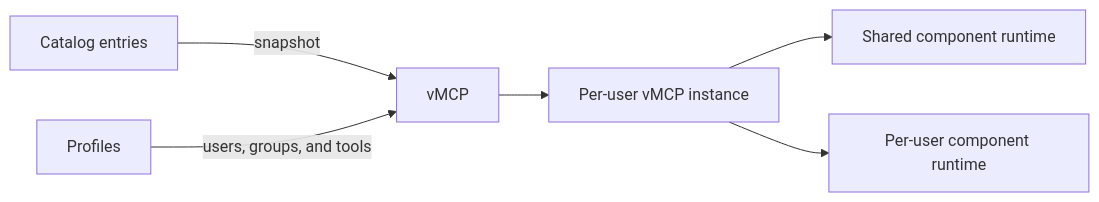
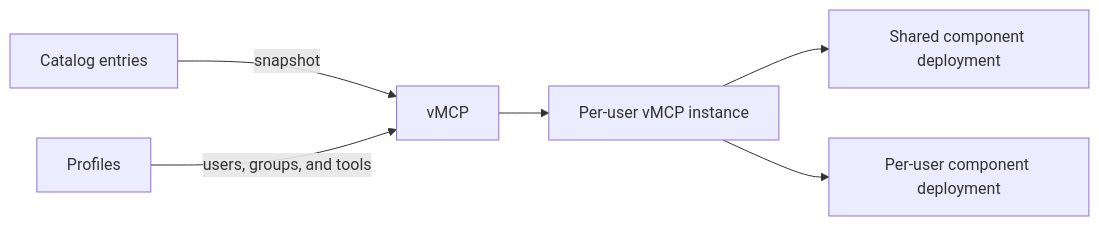
The diagram in docs/docs/functionality/virtual-mcps.md (obot-platform/obot), drawn with Mermaid before and after one commit. The commit also changed other lines of this file and 4 other files, not shown here.

````diff
--- a/docs/docs/functionality/virtual-mcps.md
+++ b/docs/docs/functionality/virtual-mcps.md
@@ -22,8 +22,8 @@
 ```mermaid
 flowchart LR
     C[Catalog entries] -->|snapshot| V[vMCP]
     P[Profiles] -->|users, groups, and tools| V
     V --> I[Per-user vMCP instance]
-    I --> R1[Shared component runtime]
-    I --> R2[Per-user component runtime]
+    I --> R1[Shared component deployment]
+    I --> R2[Per-user component deployment]
 ```
````
